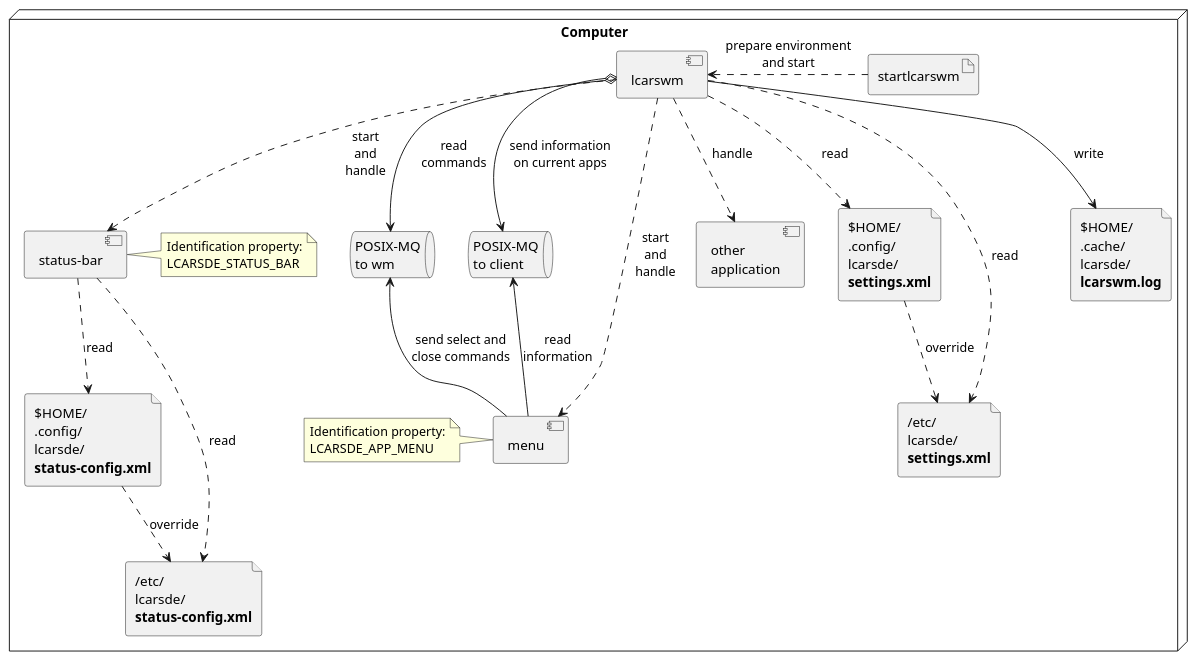
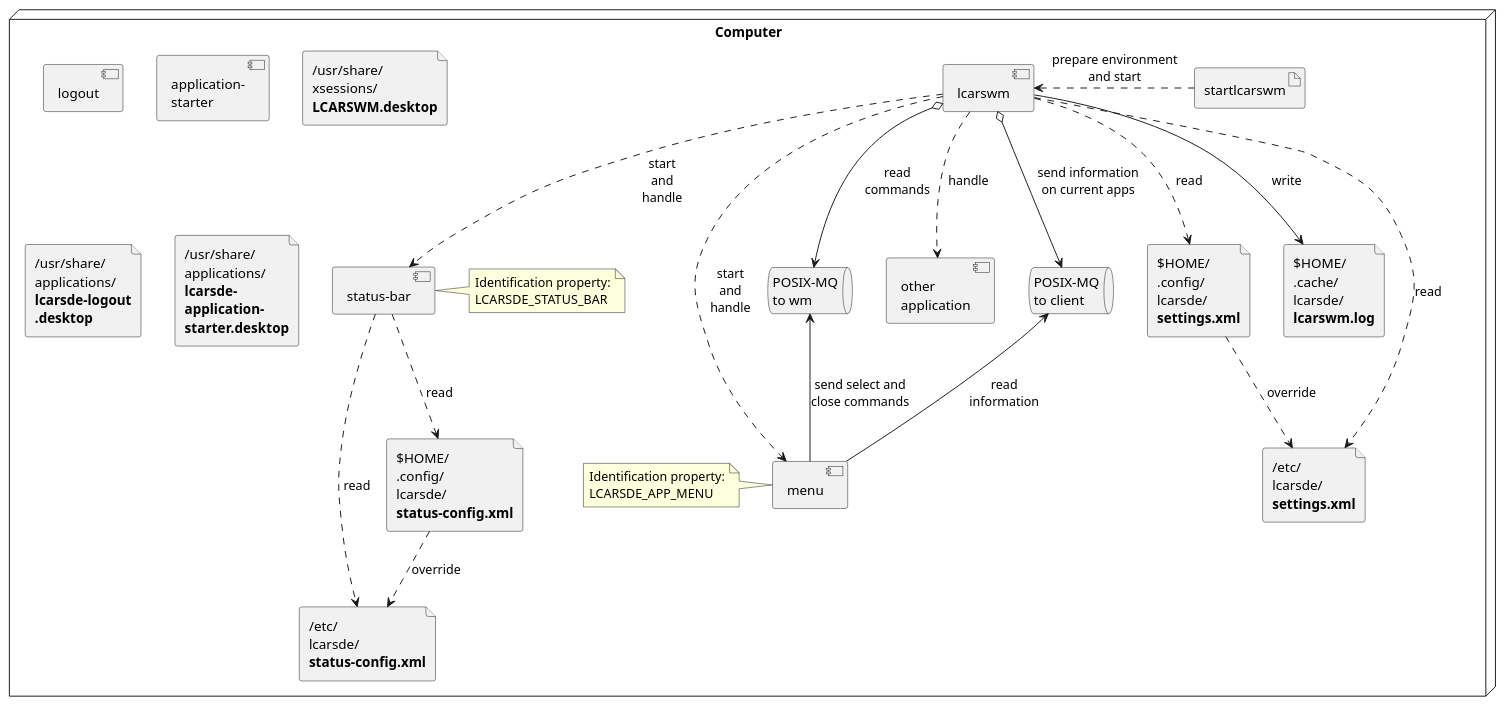
Before and after one commit to lcarsde/lcarsde: the diagram in diagrams/deployment.puml, drawn with PlantUML.

Commit message:
doc: update deployment diagram

```diff
--- a/diagrams/deployment.puml
+++ b/diagrams/deployment.puml
@@ -1,54 +1,59 @@
 @startuml
 
 skinparam ComponentStyle uml2
 
 Node Computer {
     artifact startlcarswm
     component lcarswm
     component "status-bar" as status
     component menu
     component "other\napplication" as app
+    component logout
+    component "application-\nstarter" as appstarter
     
     file "/etc/\nlcarsde/\n<b>settings.xml</b>" as settings
     file "/etc/\nlcarsde/\n<b>status-config.xml</b>" as statusconf
     file "$HOME/\n.config/\nlcarsde/\n<b>settings.xml</b>" as userSettings
     file "$HOME/\n.config/\nlcarsde/\n<b>status-config.xml</b>" as userStatusconf
     file "$HOME/\n.cache/\nlcarsde/\n<b>lcarswm.log</b>" as log
+    file "/usr/share/\nxsessions/\n<b>LCARSWM.desktop</b>" as lcarswmDesktop
+    file "/usr/share/\napplications/\n<b>lcarsde-logout\n<b>.desktop" as logoutDesktop
+    file "/usr/share/\napplications/\n<b>lcarsde-\n<b>application-\n<b>starter.desktop" as appStarterDesktop
 
     queue "POSIX-MQ\nto client" as wm2cli
     queue "POSIX-MQ\nto wm" as cli2wm
 
     note left of menu
     Identification property:
     LCARSDE_APP_MENU
     end note
 
     note right of status
     Identification property:
     LCARSDE_STATUS_BAR
     end note
 }
 
 startlcarswm .left.> lcarswm : prepare environment\nand start
 
 lcarswm ..> app : handle
 lcarswm ..> status : start\nand\nhandle
 lcarswm ..> menu : start\nand\nhandle
 
 lcarswm o--> wm2cli : send information\non current apps
 menu -up-> wm2cli : read\ninformation
 
 menu -up-> cli2wm : send select and\nclose commands
 lcarswm o--> cli2wm : read\ncommands
 
 lcarswm ..> settings : read
 lcarswm ..> userSettings : read
 lcarswm --> log : write
 
 status ..> statusconf : read
 status ..> userStatusconf : read
 
 userSettings ..> settings : override
 userStatusconf ..> statusconf : override
 
 @enduml
```
